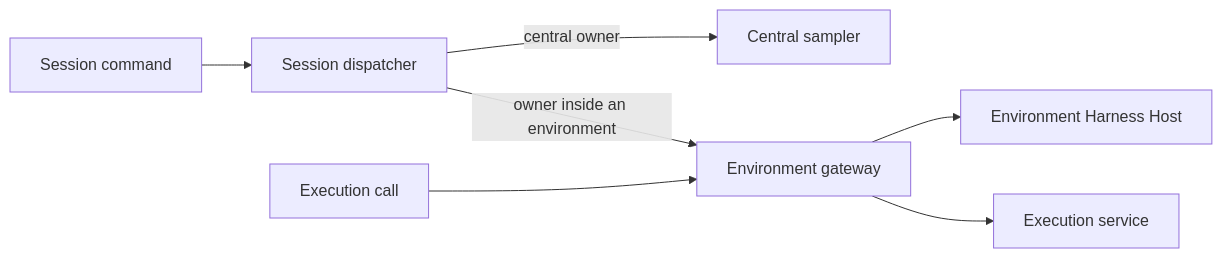
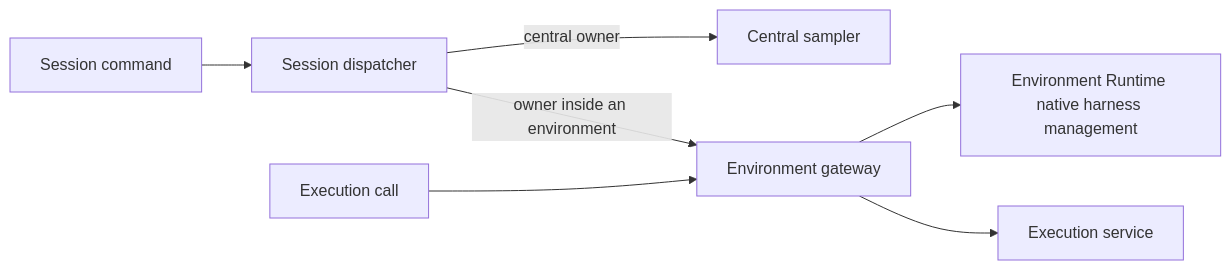
Before and after one commit to agentydragon/ducktape: the diagram in agentplane/plans/session_runtime_model.md, drawn with Mermaid. The commit also changed other lines of this file and 8 other files, not shown here.

````diff
--- a/agentplane/plans/session_runtime_model.md
+++ b/agentplane/plans/session_runtime_model.md
@@ -118,9 +126,9 @@
 ```mermaid
 flowchart LR
     caller[Session command] --> dispatcher[Session dispatcher]
     dispatcher -->|central owner| central[Central sampler]
     dispatcher -->|owner inside an environment| gateway[Environment gateway]
-    gateway --> local[Environment Harness Host]
+    gateway --> local[Environment Runtime native harness management]
     tool[Execution call] --> gateway
     gateway --> execution[Execution service]
 ```
````
